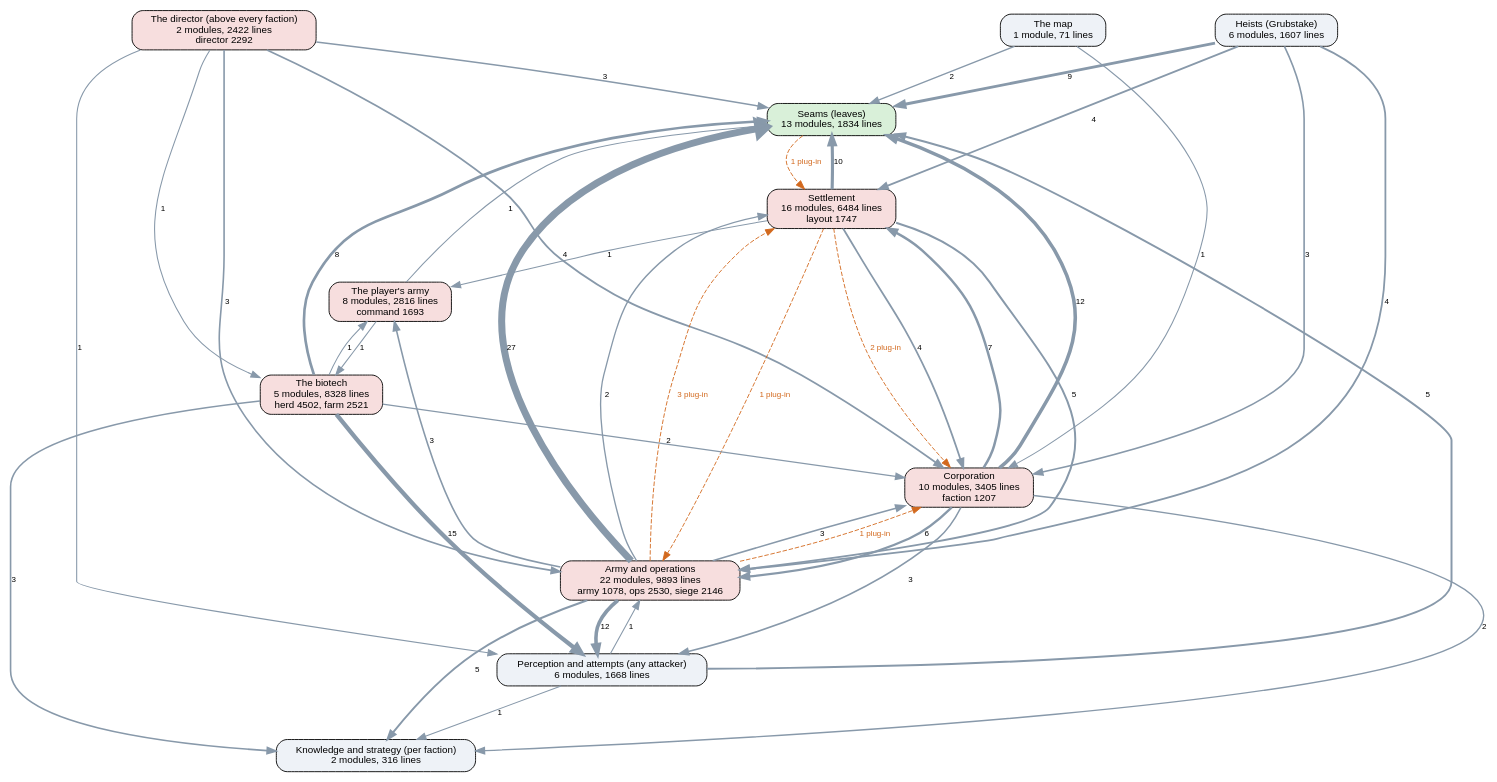
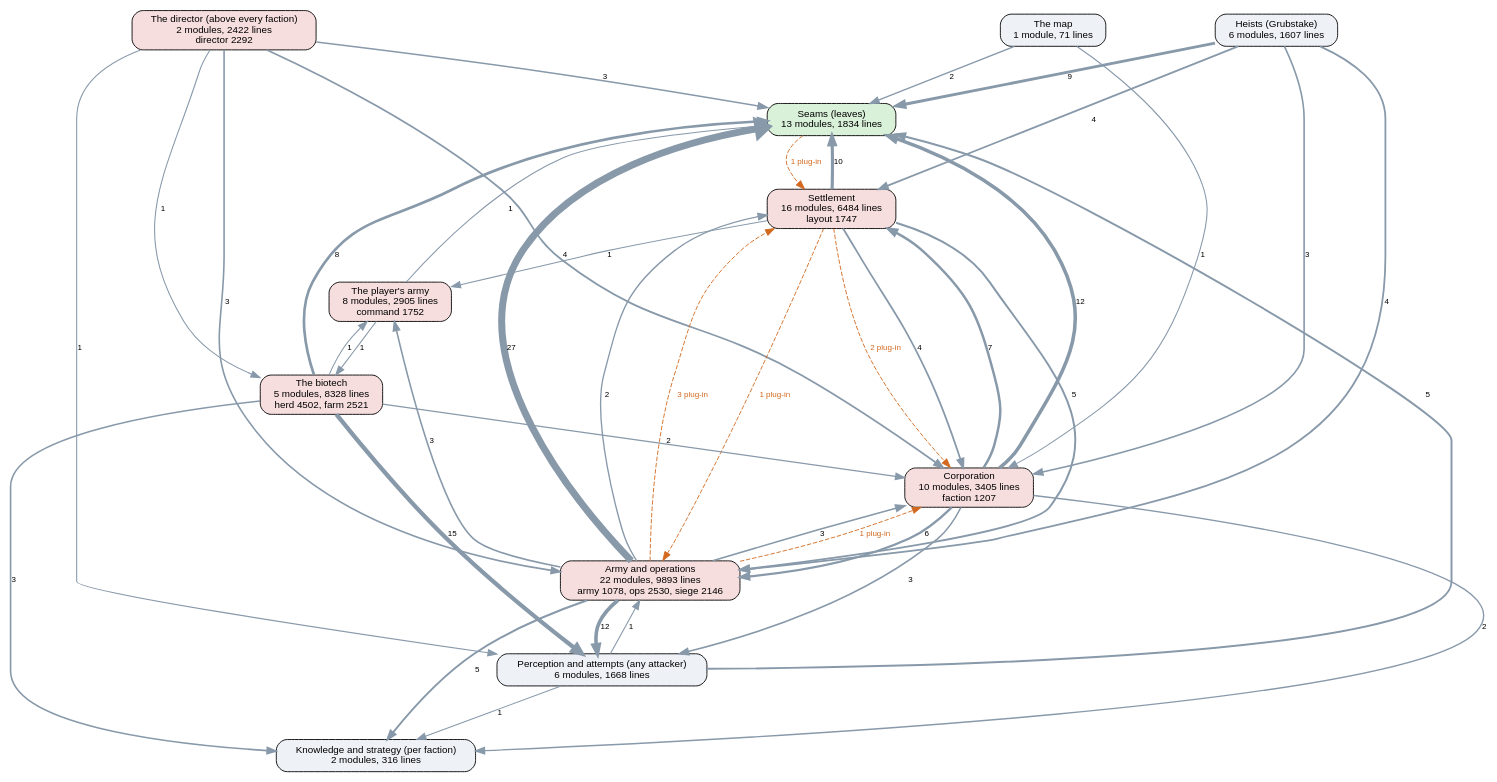
One commit to kinelhu/landing-party changed the diagram in docs/ai-layers.dot. Above: the diagram before and after it, drawn with Graphviz. The commit also changed 24 other files, not shown here.

```diff
--- a/docs/ai-layers.dot
+++ b/docs/ai-layers.dot
@@ -1,57 +1,57 @@
 digraph layers {
   graph [rankdir=TB, fontname="Helvetica", nodesep=0.5, ranksep=0.7];
   node [shape=box, style="rounded,filled", fontname="Helvetica", fontsize=11, fillcolor="#eef2f7"];
   edge [color="#8899aa", fontname="Helvetica", fontsize=9];
   "Seams (leaves)" [label="Seams (leaves)\n13 modules, 1834 lines", fillcolor="#d9f0d9"];
   "Perception and attempts (any attacker)" [label="Perception and attempts (any attacker)\n6 modules, 1668 lines", fillcolor="#eef2f7"];
   "Knowledge and strategy (per faction)" [label="Knowledge and strategy (per faction)\n2 modules, 316 lines", fillcolor="#eef2f7"];
   "The director (above every faction)" [label="The director (above every faction)\n2 modules, 2422 lines\ndirector 2292", fillcolor="#f7dede"];
   "Corporation" [label="Corporation\n10 modules, 3405 lines\nfaction 1207", fillcolor="#f7dede"];
   "Settlement" [label="Settlement\n16 modules, 6484 lines\nlayout 1747", fillcolor="#f7dede"];
   "Army and operations" [label="Army and operations\n22 modules, 9893 lines\narmy 1078, ops 2530, siege 2146", fillcolor="#f7dede"];
   "Heists (Grubstake)" [label="Heists (Grubstake)\n6 modules, 1607 lines", fillcolor="#eef2f7"];
   "The biotech" [label="The biotech\n5 modules, 8328 lines\nherd 4502, farm 2521", fillcolor="#f7dede"];
   "The map" [label="The map\n1 module, 71 lines", fillcolor="#eef2f7"];
-  "The player's army" [label="The player's army\n8 modules, 2816 lines\ncommand 1693", fillcolor="#f7dede"];
+  "The player's army" [label="The player's army\n8 modules, 2905 lines\ncommand 1752", fillcolor="#f7dede"];
   "Army and operations" -> "Corporation" [label="3", penwidth=1.8];
   "Army and operations" -> "Knowledge and strategy (per faction)" [label="5", penwidth=2.2];
   "Army and operations" -> "Perception and attempts (any attacker)" [label="12", penwidth=4.0];
   "Army and operations" -> "Seams (leaves)" [label="27", penwidth=7.8];
   "Army and operations" -> "Settlement" [label="2", penwidth=1.5];
   "Army and operations" -> "The player's army" [label="3", penwidth=1.8];
   "Corporation" -> "Army and operations" [label="6", penwidth=2.5];
   "Corporation" -> "Knowledge and strategy (per faction)" [label="2", penwidth=1.5];
   "Corporation" -> "Perception and attempts (any attacker)" [label="3", penwidth=1.8];
   "Corporation" -> "Seams (leaves)" [label="12", penwidth=4.0];
   "Corporation" -> "Settlement" [label="7", penwidth=2.8];
   "Heists (Grubstake)" -> "Army and operations" [label="4", penwidth=2.0];
   "Heists (Grubstake)" -> "Corporation" [label="3", penwidth=1.8];
   "Heists (Grubstake)" -> "Seams (leaves)" [label="9", penwidth=3.2];
   "Heists (Grubstake)" -> "Settlement" [label="4", penwidth=2.0];
   "Perception and attempts (any attacker)" -> "Army and operations" [label="1", penwidth=1.2];
   "Perception and attempts (any attacker)" -> "Knowledge and strategy (per faction)" [label="1", penwidth=1.2];
   "Perception and attempts (any attacker)" -> "Seams (leaves)" [label="5", penwidth=2.2];
   "Settlement" -> "Army and operations" [label="5", penwidth=2.2];
   "Settlement" -> "Corporation" [label="4", penwidth=2.0];
   "Settlement" -> "Seams (leaves)" [label="10", penwidth=3.5];
   "Settlement" -> "The player's army" [label="1", penwidth=1.2];
   "The biotech" -> "Corporation" [label="2", penwidth=1.5];
   "The biotech" -> "Knowledge and strategy (per faction)" [label="3", penwidth=1.8];
   "The biotech" -> "Perception and attempts (any attacker)" [label="15", penwidth=4.8];
   "The biotech" -> "Seams (leaves)" [label="8", penwidth=3.0];
   "The biotech" -> "The player's army" [label="1", penwidth=1.2];
   "The director (above every faction)" -> "Army and operations" [label="3", penwidth=1.8];
   "The director (above every faction)" -> "Corporation" [label="4", penwidth=2.0];
   "The director (above every faction)" -> "Perception and attempts (any attacker)" [label="1", penwidth=1.2];
   "The director (above every faction)" -> "Seams (leaves)" [label="3", penwidth=1.8];
   "The director (above every faction)" -> "The biotech" [label="1", penwidth=1.2];
   "The map" -> "Corporation" [label="1", penwidth=1.2];
   "The map" -> "Seams (leaves)" [label="2", penwidth=1.5];
   "The player's army" -> "Seams (leaves)" [label="1", penwidth=1.2];
   "The player's army" -> "The biotech" [label="1", penwidth=1.2];
   "Army and operations" -> "Corporation" [style=dashed, color="#d2691e", fontcolor="#d2691e", label="1 plug-in"];
   "Army and operations" -> "Settlement" [style=dashed, color="#d2691e", fontcolor="#d2691e", label="3 plug-in"];
   "Seams (leaves)" -> "Settlement" [style=dashed, color="#d2691e", fontcolor="#d2691e", label="1 plug-in"];
   "Settlement" -> "Army and operations" [style=dashed, color="#d2691e", fontcolor="#d2691e", label="1 plug-in"];
   "Settlement" -> "Corporation" [style=dashed, color="#d2691e", fontcolor="#d2691e", label="2 plug-in"];
 }
```
